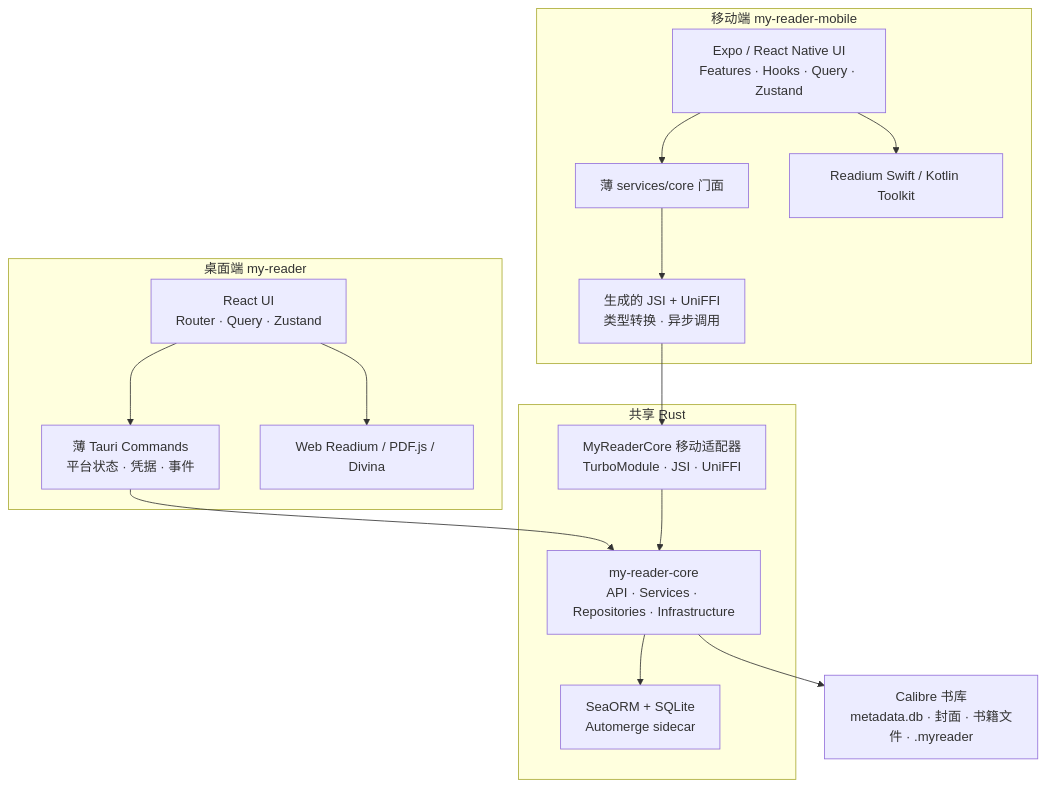
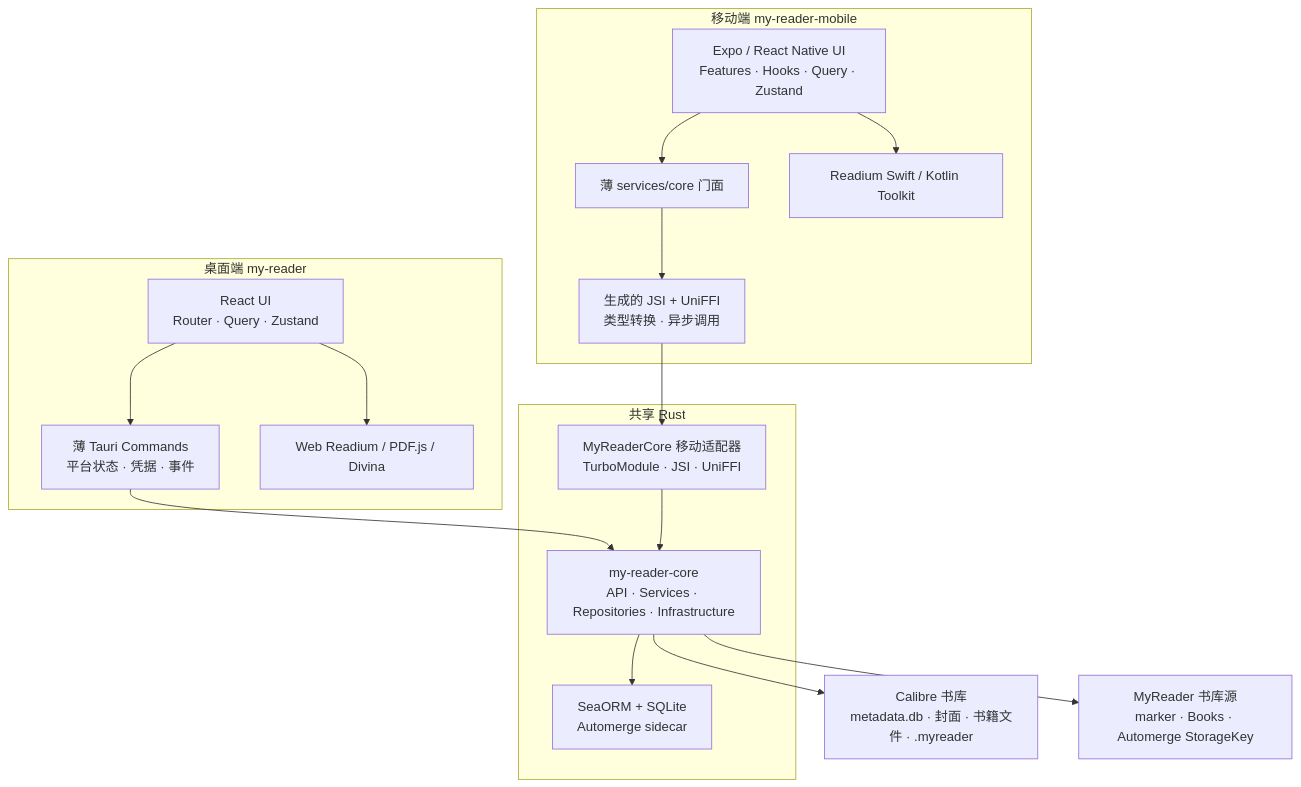
One commit to RyouMon/MyReader changed the diagram in ARCHITECTURE.md. Above: the diagram before and after it, drawn with Mermaid. The commit also changed other lines of this file and 2 other files, not shown here.

First line of the commit message:
docs(architecture): document managed libraries

````diff
--- a/ARCHITECTURE.md
+++ b/ARCHITECTURE.md
@@ -19,30 +22,32 @@
 ```mermaid
 flowchart TB
     Calibre["Calibre 书库<br/>metadata.db · 封面 · 书籍文件 · .myreader"]
+    Managed["MyReader 书库源<br/>marker · Books · Automerge StorageKey"]
 
     subgraph Desktop["桌面端 my-reader"]
         DesktopUI["React UI<br/>Router · Query · Zustand"]
         Tauri["薄 Tauri Commands<br/>平台状态 · 凭据 · 事件"]
         DesktopReader["Web Readium / PDF.js / Divina"]
     end
 
     subgraph Mobile["移动端 my-reader-mobile"]
         MobileUI["Expo / React Native UI<br/>Features · Hooks · Query · Zustand"]
         Facade["薄 services/core 门面"]
         Binding["生成的 JSI + UniFFI<br/>类型转换 · 异步调用"]
         NativeReader["Readium Swift / Kotlin Toolkit"]
     end
 
     subgraph SharedRust["共享 Rust"]
         Components["MyReaderCore 移动适配器<br/>TurboModule · JSI · UniFFI"]
         Core["my-reader-core<br/>API · Services · Repositories · Infrastructure"]
         Sidecar["SeaORM + SQLite<br/>Automerge sidecar"]
     end
 
     DesktopUI --> Tauri --> Core
     DesktopUI --> DesktopReader
     MobileUI --> Facade --> Binding --> Components --> Core
     MobileUI --> NativeReader
     Core --> Sidecar
     Core --> Calibre
+    Core --> Managed
 ```
````
